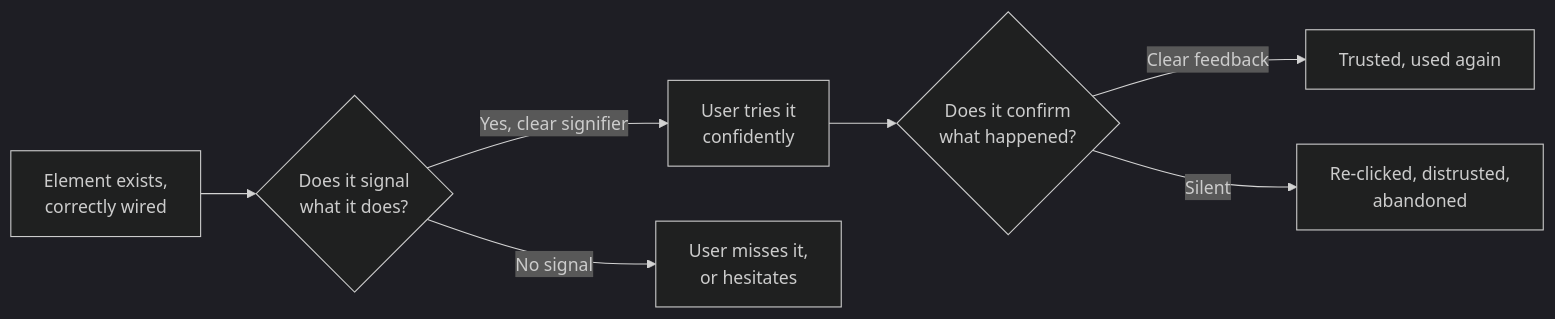
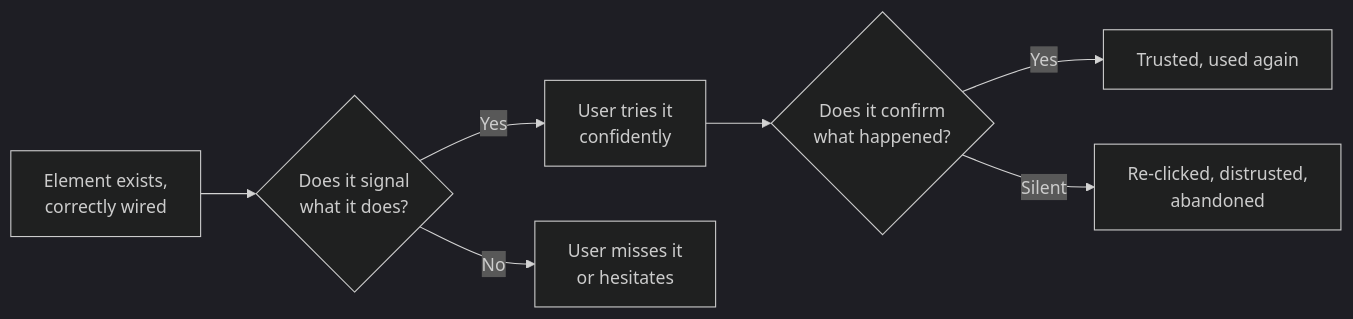
The diagram in src/content/design/interaction-design-patterns/L1-summary.mdx (francoandreDev/knowledge), drawn with Mermaid (dark theme) before and after one commit. The commit also changed other lines of this file and 16 other files, not shown here.

````diff
--- a/src/content/design/interaction-design-patterns/L1-summary.mdx
+++ b/src/content/design/interaction-design-patterns/L1-summary.mdx
@@ -66,9 +78,9 @@
 ```mermaid
 flowchart LR
     E["Element exists,\ncorrectly wired"] --> S{"Does it signal\nwhat it does?"}
-    S -->|Yes, clear signifier| C["User tries it\nconfidently"]
-    S -->|No signal| M["User misses it,\nor hesitates"]
+    S -->|Yes| C["User tries it\nconfidently"]
+    S -->|No| M["User misses it\nor hesitates"]
     C --> F{"Does it confirm\nwhat happened?"}
-    F -->|Clear feedback| T["Trusted, used again"]
+    F -->|Yes| T["Trusted, used again"]
     F -->|Silent| R["Re-clicked, distrusted,\nabandoned"]
 ```
````
